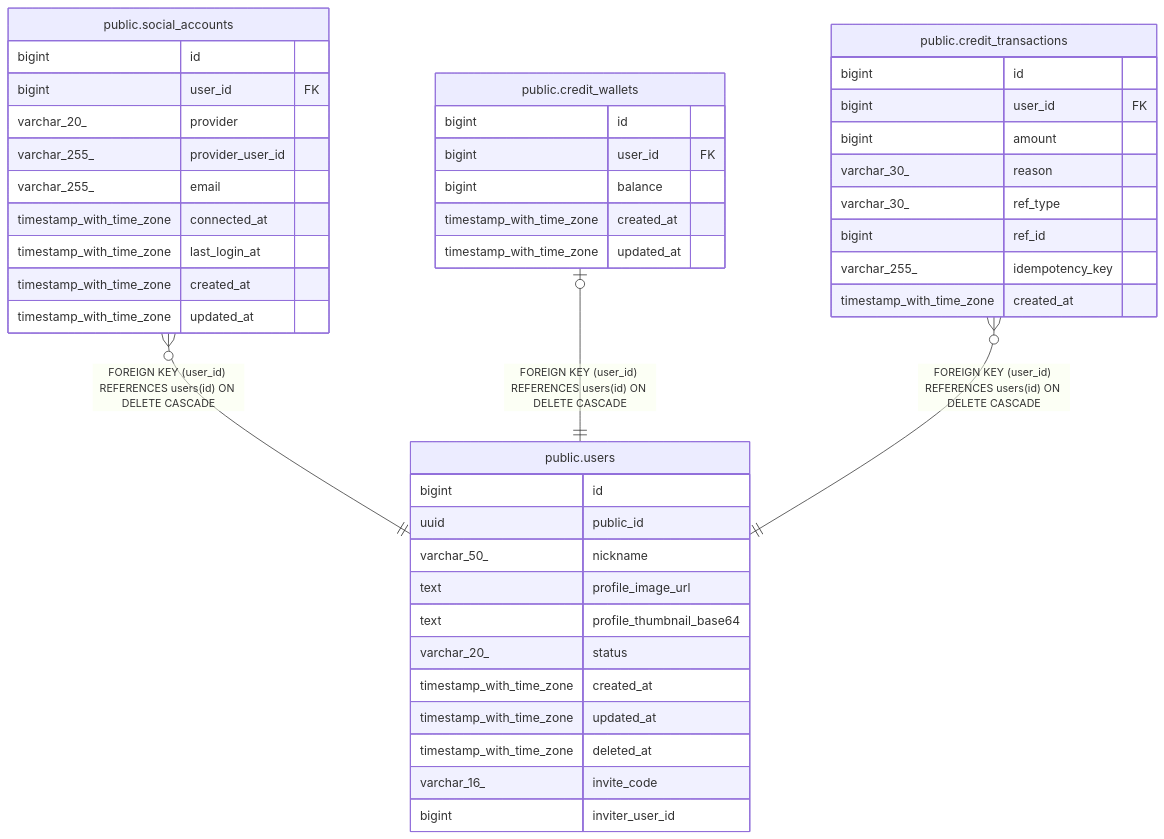
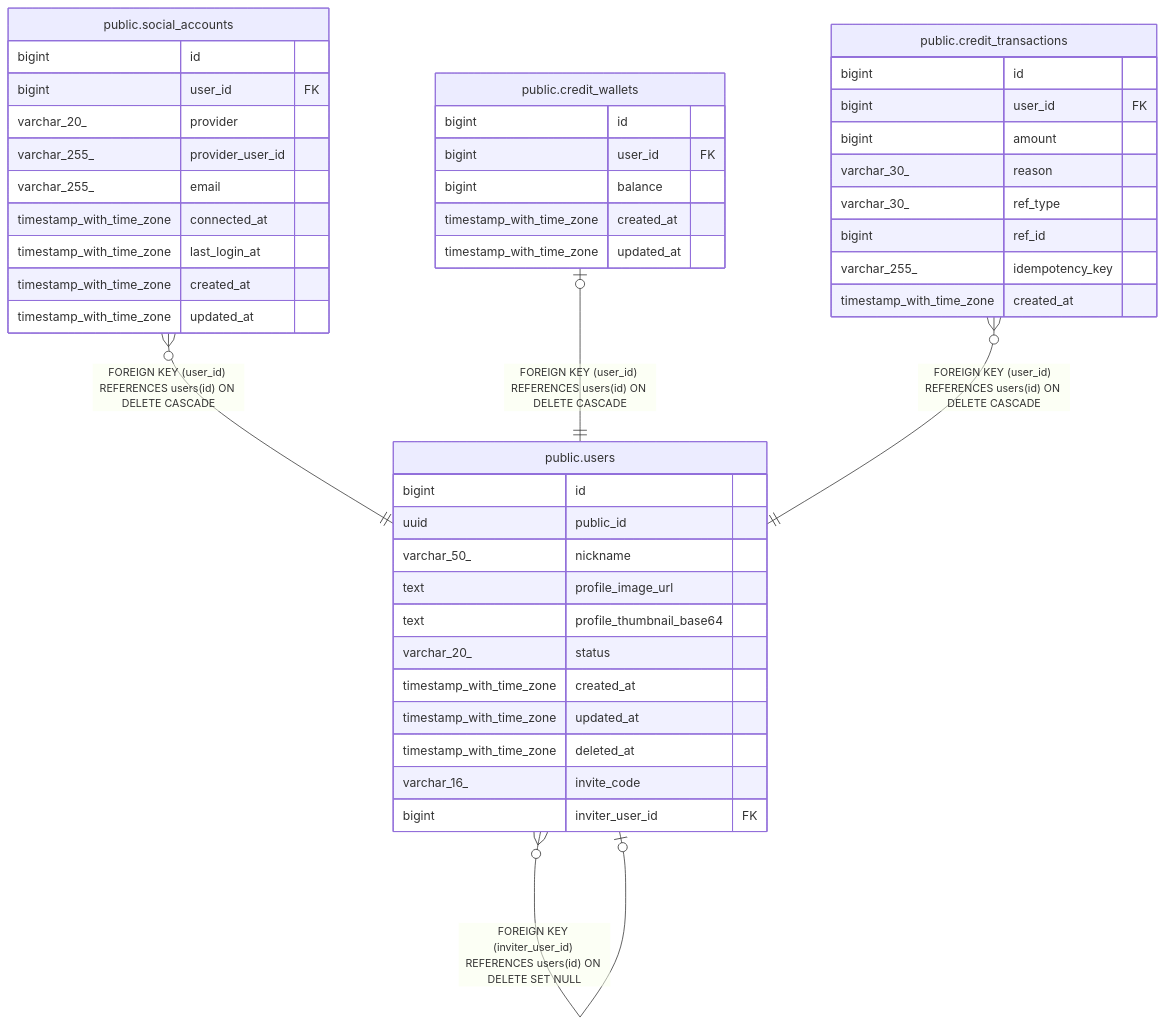
Before and after one commit to KIM-N-KANG/manyak-server: the diagram in dbdoc/public.users.md, drawn with Mermaid. The commit also changed other lines of this file and 5 other files, not shown here.

First line of the commit message:
[KNK-393] Fix: inviter_user_id 자기참조 FK 추가(ON DELETE SET NULL)

````diff
--- a/dbdoc/public.users.md
+++ b/dbdoc/public.users.md
@@ -38,49 +39,50 @@
 ```mermaid
 erDiagram
 
+"public.users" }o--o| "public.users" : "FOREIGN KEY (inviter_user_id) REFERENCES users(id) ON DELETE SET NULL"
 "public.social_accounts" }o--|| "public.users" : "FOREIGN KEY (user_id) REFERENCES users(id) ON DELETE CASCADE"
 "public.credit_wallets" |o--|| "public.users" : "FOREIGN KEY (user_id) REFERENCES users(id) ON DELETE CASCADE"
 "public.credit_transactions" }o--|| "public.users" : "FOREIGN KEY (user_id) REFERENCES users(id) ON DELETE CASCADE"
 
 "public.users" {
   bigint id
   uuid public_id
   varchar_50_ nickname
   text profile_image_url
   text profile_thumbnail_base64
   varchar_20_ status
   timestamp_with_time_zone created_at
   timestamp_with_time_zone updated_at
   timestamp_with_time_zone deleted_at
   varchar_16_ invite_code
-  bigint inviter_user_id
+  bigint inviter_user_id FK
 }
 "public.social_accounts" {
   bigint id
   bigint user_id FK
   varchar_20_ provider
   varchar_255_ provider_user_id
   varchar_255_ email
   timestamp_with_time_zone connected_at
   timestamp_with_time_zone last_login_at
   timestamp_with_time_zone created_at
   timestamp_with_time_zone updated_at
 }
 "public.credit_wallets" {
   bigint id
   bigint user_id FK
   bigint balance
   timestamp_with_time_zone created_at
   timestamp_with_time_zone updated_at
 }
 "public.credit_transactions" {
   bigint id
   bigint user_id FK
   bigint amount
   varchar_30_ reason
   varchar_30_ ref_type
   bigint ref_id
   varchar_255_ idempotency_key
   timestamp_with_time_zone created_at
 }
 ```
````
